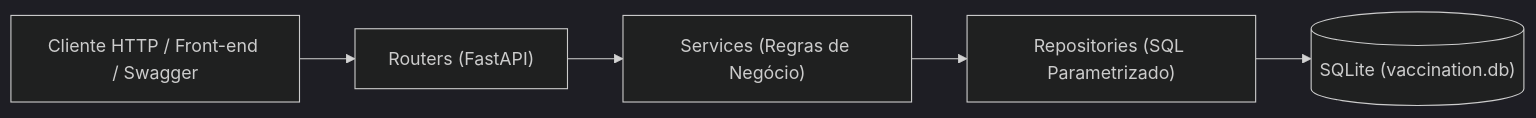
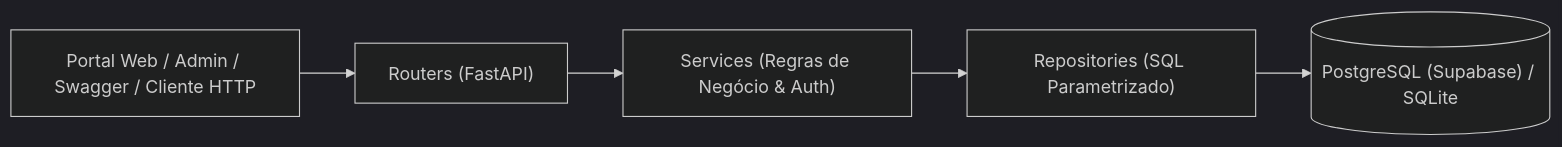
Before and after one commit to gabrieltrabalhos478-art/Projeto-Integrador-IV-B: the diagram in docs/architecture.md, drawn with Mermaid (dark theme). The commit also changed other lines of this file and 52 other files, not shown here.

Commit message:
chore: enxugar repositorio removendo skills/rascunhos pessoais e atualizar architecture.md

````diff
--- a/docs/architecture.md
+++ b/docs/architecture.md
@@ -7,7 +7,7 @@
 ```mermaid
 flowchart LR
-    C["Cliente HTTP / Front-end / Swagger"] --> R["Routers (FastAPI)"]
-    R --> S["Services (Regras de Negócio)"]
+    C["Portal Web / Admin / Swagger / Cliente HTTP"] --> R["Routers (FastAPI)"]
+    R --> S["Services (Regras de Negócio & Auth)"]
     S --> Repo["Repositories (SQL Parametrizado)"]
-    Repo --> DB[("SQLite (vaccination.db)")]
+    Repo --> DB[("PostgreSQL (Supabase) / SQLite")]
 ```
````
